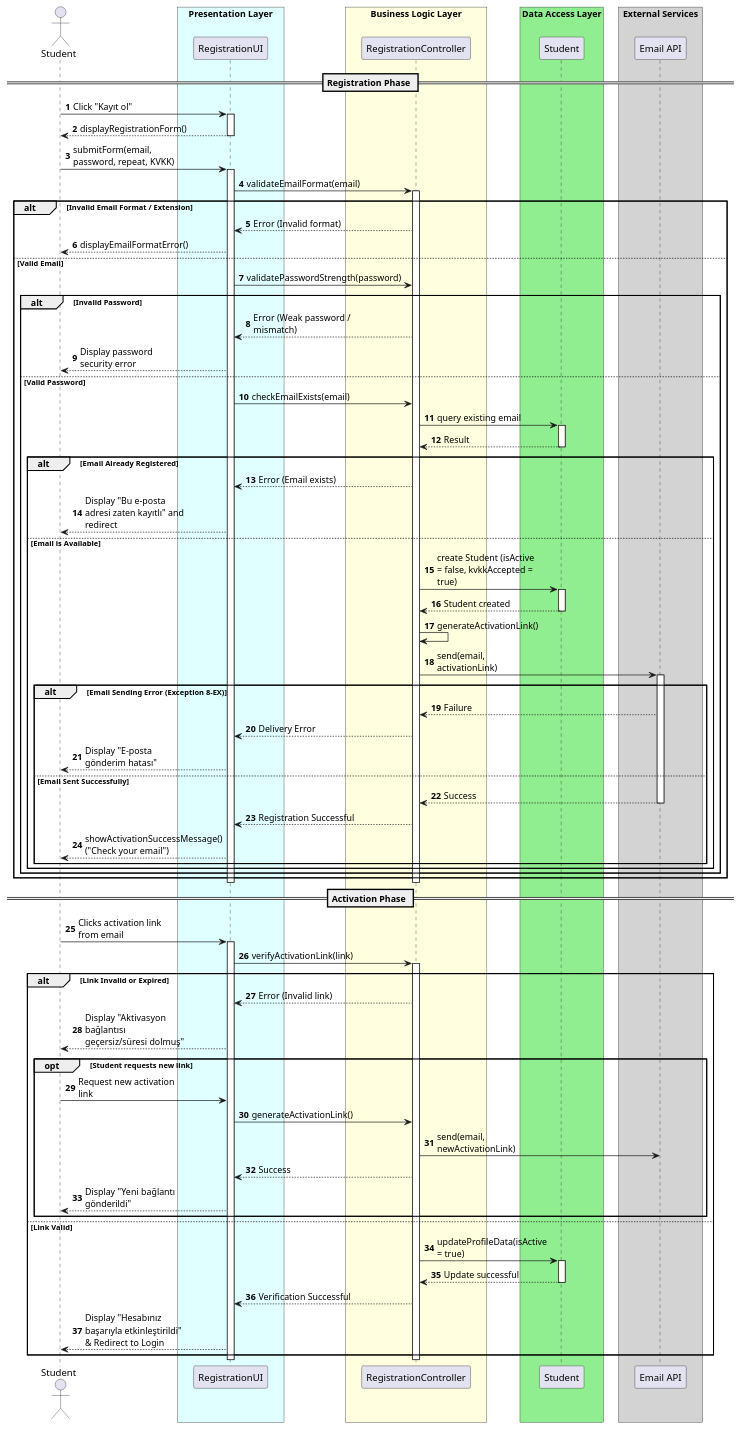
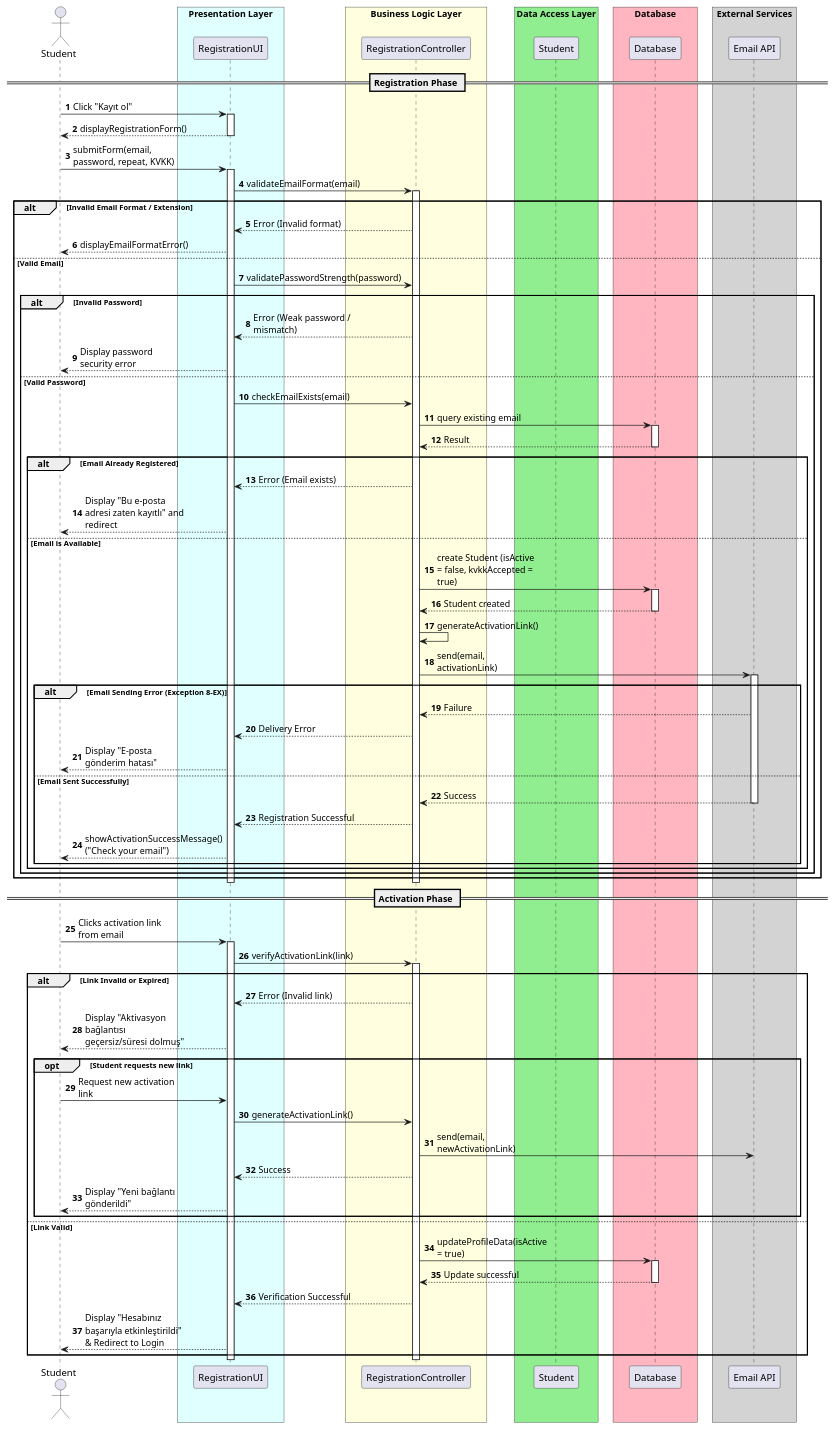
One commit to UTMS-G02/utms changed the diagram in docs/uml/uc-1.puml. Above: the diagram before and after it, drawn with PlantUML.

Commit message:
docs: databse layer added to uc-1

```diff
--- a/docs/uml/uc-1.puml
+++ b/docs/uml/uc-1.puml
@@ -1,113 +1,117 @@
 @startuml uc-1
 autonumber
 skinparam maxMessageSize 150
 skinparam ParticipantPadding 20
 skinparam BoxPadding 10
 
 actor Student
 box "Presentation Layer" #LightCyan
 participant "RegistrationUI" as UI
 end box
 
 box "Business Logic Layer" #LightYellow
 participant "RegistrationController" as Controller
 end box
 
 box "Data Access Layer" #LightGreen
-participant "Student" as DB
+participant "Student" as DataAccess
+end box
+
+box "Database" #LightPink
+participant "Database" as DB
 end box
 
 box "External Services" #LightGray
 participant "Email API" as Email
 end box
 
 == Registration Phase ==
 
 Student -> UI: Click "Kayıt ol"
 activate UI
 UI --> Student: displayRegistrationForm()
 deactivate UI
 
 Student -> UI: submitForm(email, password, repeat, KVKK)
 activate UI
 
 UI -> Controller: validateEmailFormat(email)
 activate Controller
 alt Invalid Email Format / Extension
     Controller --> UI: Error (Invalid format)
     UI --> Student: displayEmailFormatError()
 else Valid Email
     UI -> Controller: validatePasswordStrength(password)
     alt Invalid Password
         Controller --> UI: Error (Weak password / mismatch)
         UI --> Student: Display password security error
     else Valid Password
         UI -> Controller: checkEmailExists(email)
         Controller -> DB: query existing email
         activate DB
         DB --> Controller: Result
         deactivate DB
         
         alt Email Already Registered
             Controller --> UI: Error (Email exists)
             UI --> Student: Display "Bu e-posta adresi zaten kayıtlı" and redirect
         else Email is Available
             Controller -> DB: create Student (isActive = false, kvkkAccepted = true)
             activate DB
             DB --> Controller: Student created
             deactivate DB
             
             Controller -> Controller: generateActivationLink()
             Controller -> Email: send(email, activationLink)
             activate Email
             
             alt Email Sending Error (Exception 8-EX)
                 Email --> Controller: Failure
                 Controller --> UI: Delivery Error
                 UI --> Student: Display "E-posta gönderim hatası"
             else Email Sent Successfully
                 Email --> Controller: Success
                 deactivate Email
                 Controller --> UI: Registration Successful
                 UI --> Student: showActivationSuccessMessage() ("Check your email")
             end
         end
     end
 end
 deactivate Controller
 deactivate UI
 
 == Activation Phase ==
 
 Student -> UI: Clicks activation link from email
 activate UI
 
 UI -> Controller: verifyActivationLink(link)
 activate Controller
 
 alt Link Invalid or Expired
     Controller --> UI: Error (Invalid link)
     UI --> Student: Display "Aktivasyon bağlantısı geçersiz/süresi dolmuş"
     
     opt Student requests new link
         Student -> UI: Request new activation link
         UI -> Controller: generateActivationLink()
         Controller -> Email: send(email, newActivationLink)
         Controller --> UI: Success
         UI --> Student: Display "Yeni bağlantı gönderildi"
     end
     
 else Link Valid
     Controller -> DB: updateProfileData(isActive = true)
     activate DB
     DB --> Controller: Update successful
     deactivate DB
     
     Controller --> UI: Verification Successful
     UI --> Student: Display "Hesabınız başarıyla etkinleştirildi" & Redirect to Login
 end
 
 deactivate Controller
 deactivate UI
 
 @enduml
```
